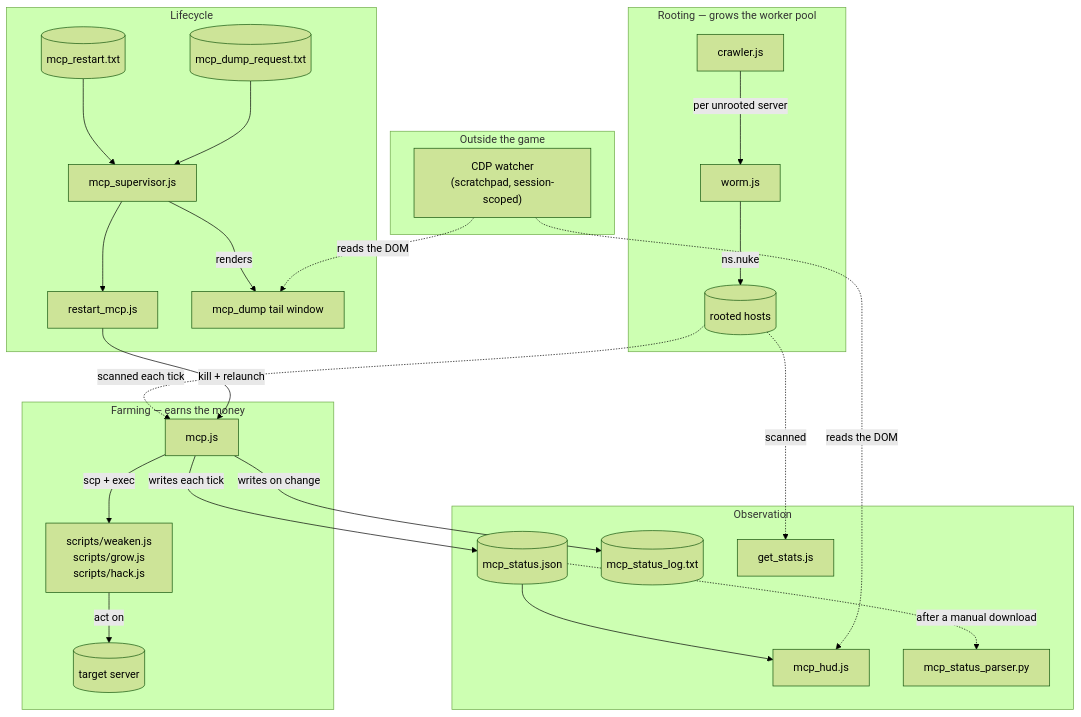
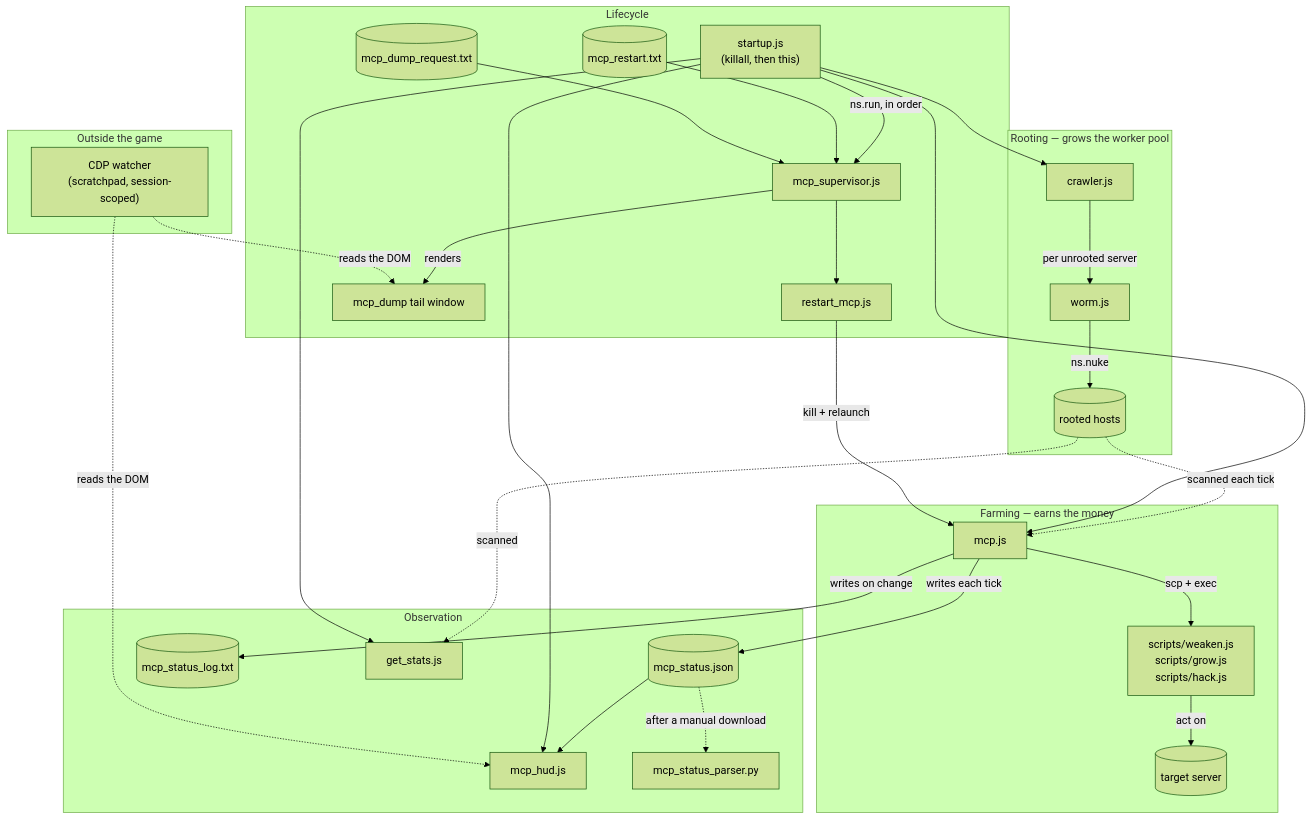
The diagram in docs/processes.md (waunder/BitBurner), drawn with Mermaid (forest theme) before and after one commit. The commit also changed other lines of this file and 3 other files, not shown here.

````diff
--- a/docs/processes.md
+++ b/docs/processes.md
@@ -17,34 +17,39 @@
 ```mermaid
 flowchart TB
     subgraph root["Rooting — grows the worker pool"]
         crawler[crawler.js] -->|per unrooted server| worm[worm.js]
         worm -->|ns.nuke| pool[(rooted hosts)]
     end
 
     subgraph farm["Farming — earns the money"]
         mcp[mcp.js] -->|scp + exec| actions["scripts/weaken.js<br/>scripts/grow.js<br/>scripts/hack.js"]
         pool -.->|scanned each tick| mcp
         actions -->|act on| target[(target server)]
     end
 
     subgraph obs["Observation"]
         mcp -->|writes each tick| status[(mcp_status.json)]
         mcp -->|writes on change| logfile[(mcp_status_log.txt)]
         status --> hud[mcp_hud.js]
         pool -.->|scanned| stats[get_stats.js]
         status -.->|after a manual download| parser[mcp_status_parser.py]
     end
 
     subgraph life["Lifecycle"]
-        flag[(mcp_restart.txt)] --> sup[mcp_supervisor.js]
+        boot["startup.js<br/>(killall, then this)"] -->|ns.run, in order| sup[mcp_supervisor.js]
+        boot --> crawler
+        boot --> mcp
+        boot --> hud[mcp_hud.js]
+        boot --> stats
+        flag[(mcp_restart.txt)] --> sup
         sup --> restart[restart_mcp.js]
         restart -->|kill + relaunch| mcp
         dumpreq[(mcp_dump_request.txt)] --> sup
         sup -->|renders| dumptail[mcp_dump tail window]
     end
 
     subgraph out["Outside the game"]
         cdp["CDP watcher<br/>(scratchpad, session-scoped)"] -.->|reads the DOM| hud
         cdp -.->|reads the DOM| dumptail
     end
 ```
````
